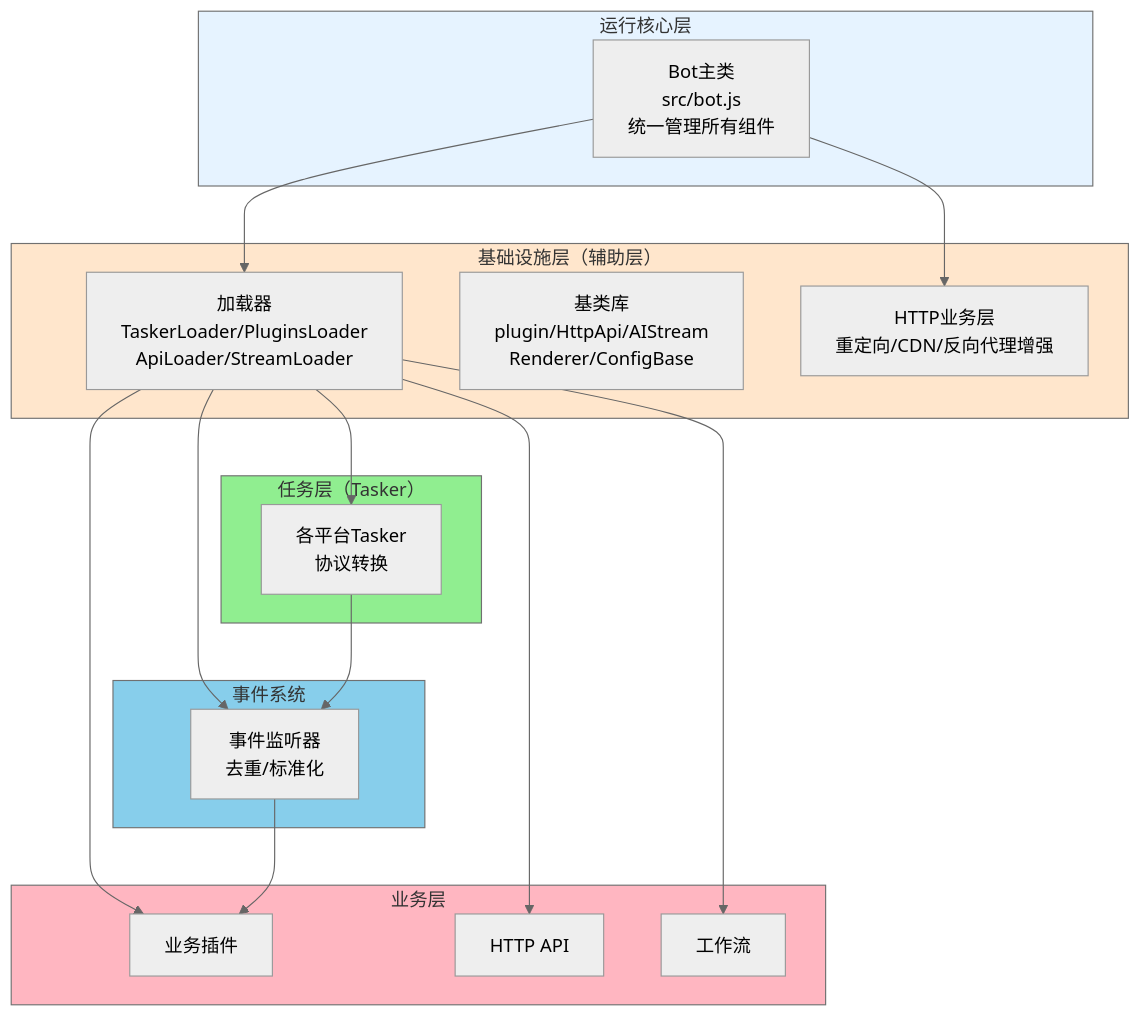
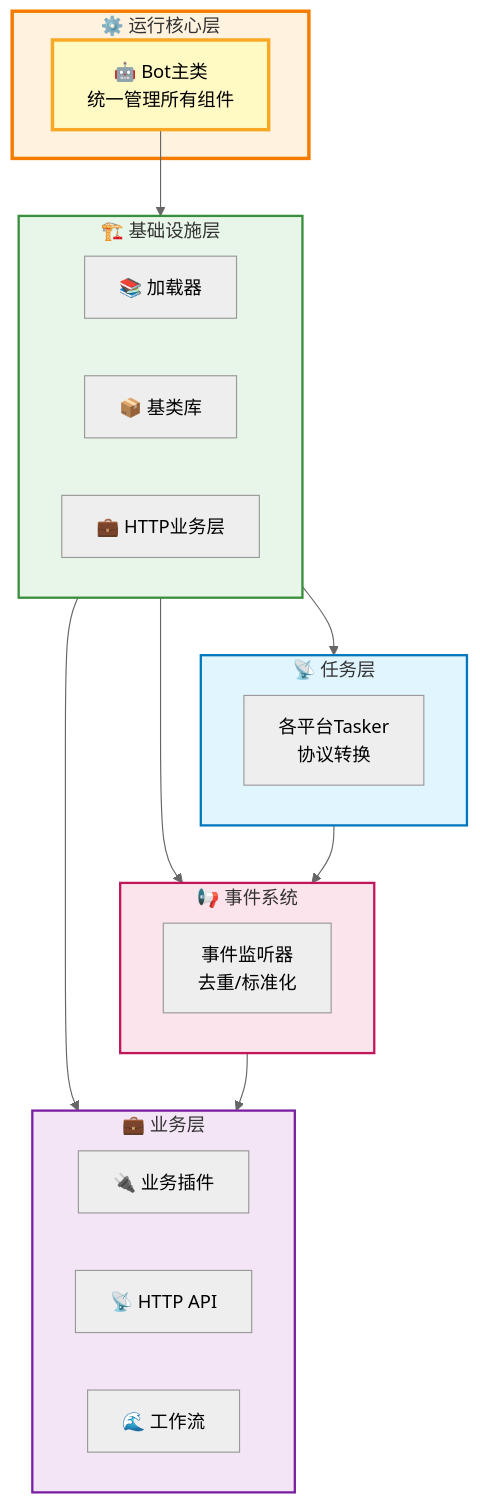
Before and after one commit to sunflowermm/XRK-AGT: the first of 5 diagrams in PROJECT_OVERVIEW.md, drawn with Mermaid (neutral theme). The commit also changed other lines of this file and 19 other files, not shown here.

````diff
--- a/PROJECT_OVERVIEW.md
+++ b/PROJECT_OVERVIEW.md
@@ -45,42 +45,40 @@
 ```mermaid
 flowchart TB
-    subgraph Runtime["运行核心层"]
-        Bot["Bot主类<br/>src/bot.js<br/>统一管理所有组件"]
+    subgraph Runtime["⚙️ 运行核心层"]
+        Bot["🤖 Bot主类<br/>统一管理所有组件"]
     end
     
-    subgraph Infrastructure["基础设施层（辅助层）"]
-        Loaders["加载器<br/>TaskerLoader/PluginsLoader<br/>ApiLoader/StreamLoader"]
-        BaseClasses["基类库<br/>plugin/HttpApi/AIStream<br/>Renderer/ConfigBase"]
-        HTTPBusiness["HTTP业务层<br/>重定向/CDN/反向代理增强"]
+    subgraph Infrastructure["🏗️ 基础设施层"]
+        Loaders["📚 加载器"]
+        BaseClasses["📦 基类库"]
+        HTTPBusiness["💼 HTTP业务层"]
     end
     
-    subgraph Tasker["任务层（Tasker）"]
+    subgraph Tasker["📡 任务层"]
         Taskers["各平台Tasker<br/>协议转换"]
     end
     
-    subgraph Events["事件系统"]
+    subgraph Events["📢 事件系统"]
         Listeners["事件监听器<br/>去重/标准化"]
     end
     
-    subgraph Business["业务层"]
-        Plugins["业务插件"]
-        APIs["HTTP API"]
-        Streams["工作流"]
+    subgraph Business["💼 业务层"]
+        Plugins["🔌 业务插件"]
+        APIs["📡 HTTP API"]
+        Streams["🌊 工作流"]
     end
     
-    Bot --> Loaders
-    Bot --> HTTPBusiness
-    Loaders --> Taskers
-    Loaders --> Listeners
-    Loaders --> Plugins
-    Loaders --> APIs
-    Loaders --> Streams
-    Taskers --> Listeners
-    Listeners --> Plugins
+    Bot --> Infrastructure
+    Infrastructure --> Tasker
+    Infrastructure --> Events
+    Infrastructure --> Business
+    Tasker --> Events
+    Events --> Business
     
-    style Runtime fill:#E6F3FF
-    style Infrastructure fill:#FFE6CC
-    style Tasker fill:#90EE90
-    style Events fill:#87CEEB
-    style Business fill:#FFB6C1
+    style Runtime fill:#FFF3E0,stroke:#F57C00,stroke-width:3px
+    style Infrastructure fill:#E8F5E9,stroke:#388E3C,stroke-width:2px
+    style Tasker fill:#E1F5FE,stroke:#0277BD,stroke-width:2px
+    style Events fill:#FCE4EC,stroke:#C2185B,stroke-width:2px
+    style Business fill:#F3E5F5,stroke:#7B1FA2,stroke-width:2px
+    style Bot fill:#FFF9C4,stroke:#F9A825,stroke-width:3px
 ```
````
